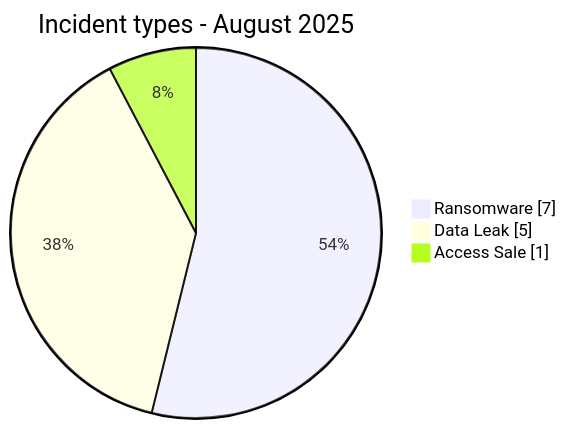
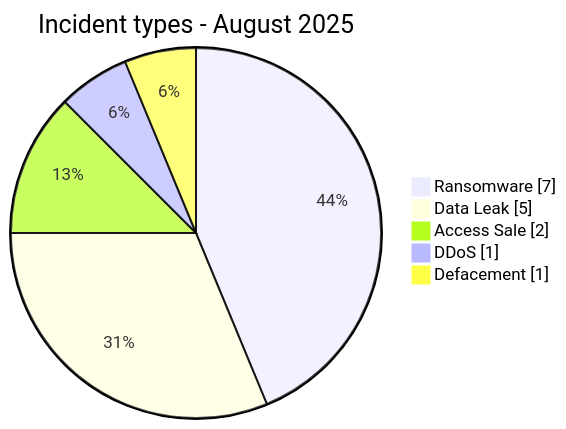
One commit to Hatchepsoute/AFRINTEL changed the first of 2 diagrams in CyberAttackAfrica/2025/08-august/README.md. Above: the diagram before and after it, drawn with Mermaid. The commit also changed other lines of this file and 73 other files, not shown here.

````diff
--- a/CyberAttackAfrica/2025/08-august/README.md
+++ b/CyberAttackAfrica/2025/08-august/README.md
@@ -70,7 +78,9 @@
 ```mermaid
 pie showData
     title Incident types - August 2025
     "Ransomware" : 7
     "Data Leak" : 5
-    "Access Sale" : 1
+    "Access Sale" : 2
+    "DDoS" : 1
+    "Defacement" : 1
 ```
````
